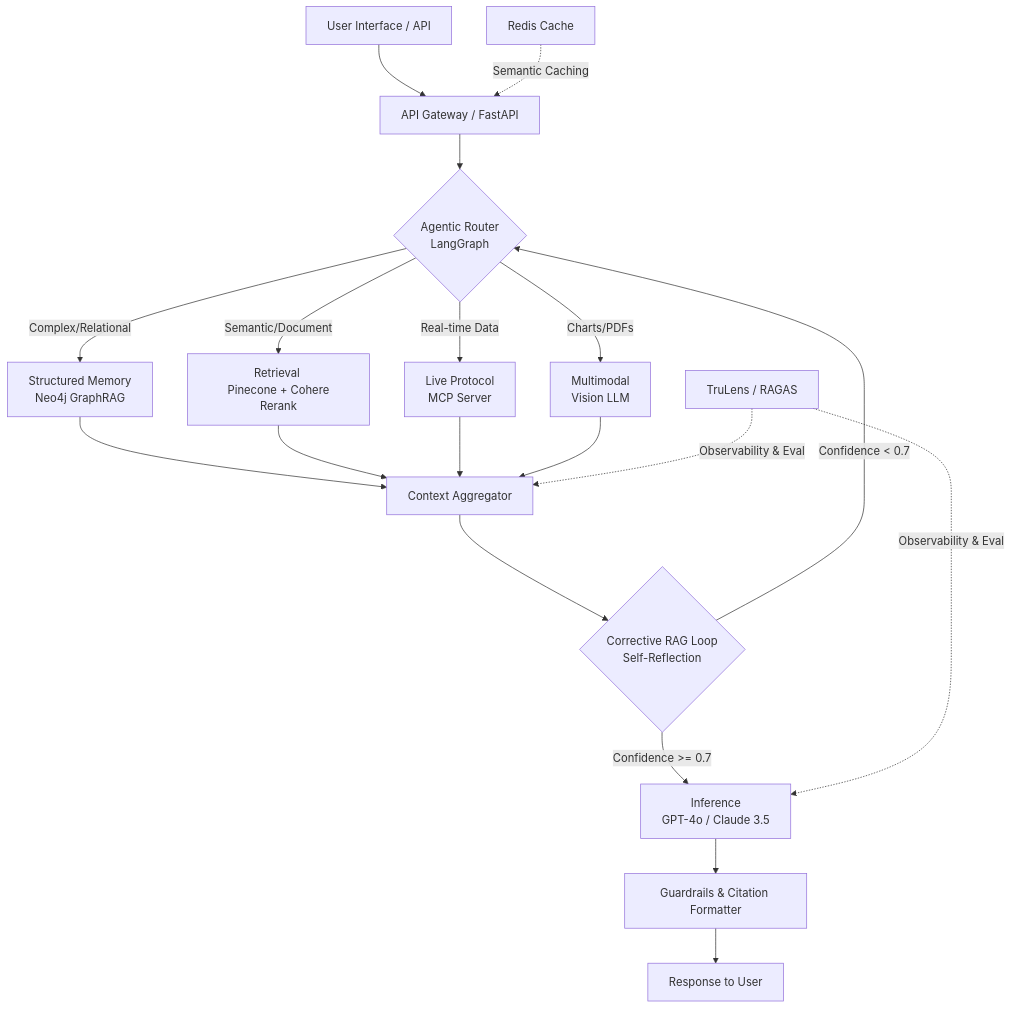
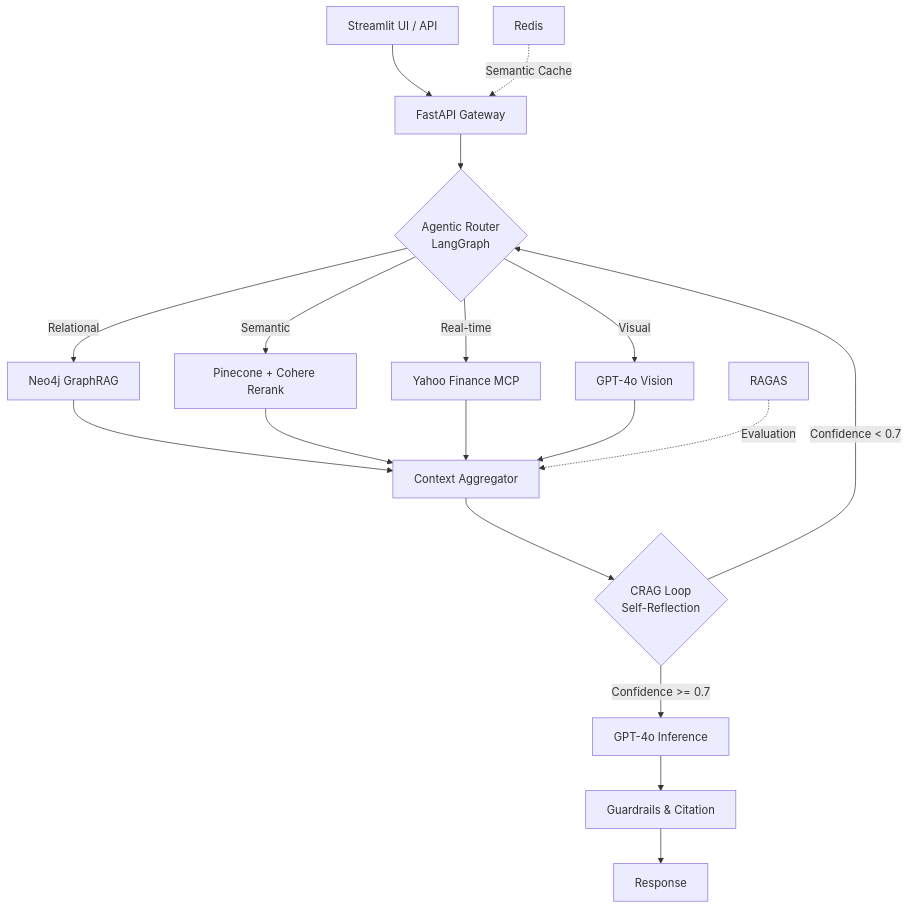
One commit to madhavmadupu/prism-agentic-rag changed the diagram in README.md. Above: the diagram before and after it, drawn with Mermaid. The commit also changed other lines of this file and 3 other files, not shown here.

````diff
--- a/README.md
+++ b/README.md
@@ -28,26 +48,25 @@
 ```mermaid
 graph TD
-    A[User Interface / API] --> B[API Gateway / FastAPI]
-    B --> C{Agentic Router <br/> LangGraph}
+    A[Streamlit UI / API] --> B[FastAPI Gateway]
+    B --> C{Agentic Router<br/>LangGraph}
 
-    C -->|Complex/Relational| D[Structured Memory <br/> Neo4j GraphRAG]
-    C -->|Semantic/Document| E[Retrieval <br/> Pinecone + Cohere Rerank]
-    C -->|Real-time Data| F[Live Protocol <br/> MCP Server]
-    C -->|Charts/PDFs| G[Multimodal <br/> Vision LLM]
+    C -->|Relational| D[Neo4j GraphRAG]
+    C -->|Semantic| E[Pinecone + Cohere Rerank]
+    C -->|Real-time| F[Yahoo Finance MCP]
+    C -->|Visual| G[GPT-4o Vision]
 
     D --> H[Context Aggregator]
     E --> H
     F --> H
     G --> H
 
-    H --> I{Corrective RAG Loop <br/> Self-Reflection}
+    H --> I{CRAG Loop<br/>Self-Reflection}
     I -->|Confidence < 0.7| C
-    I -->|Confidence >= 0.7| J[Inference <br/> GPT-4o / Claude 3.5]
+    I -->|Confidence >= 0.7| J[GPT-4o Inference]
 
-    J --> K[Guardrails & Citation Formatter]
-    K --> L[Response to User]
+    J --> K[Guardrails & Citation]
+    K --> L[Response]
 
-    M[TruLens / RAGAS] -.->|Observability & Eval| H
-    M -.->|Observability & Eval| J
-    N[Redis Cache] -.->|Semantic Caching| B
+    M[RAGAS] -.->|Evaluation| H
+    N[Redis] -.->|Semantic Cache| B
 ```
````
